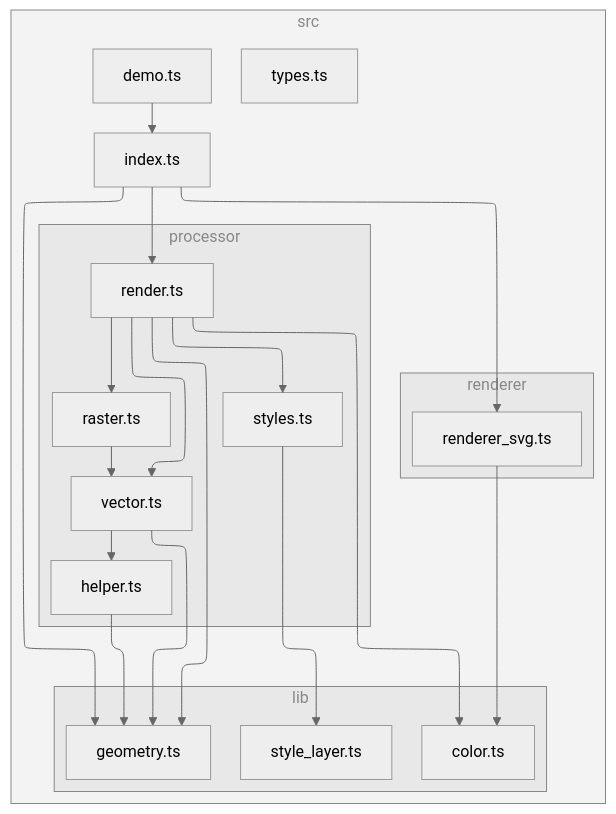
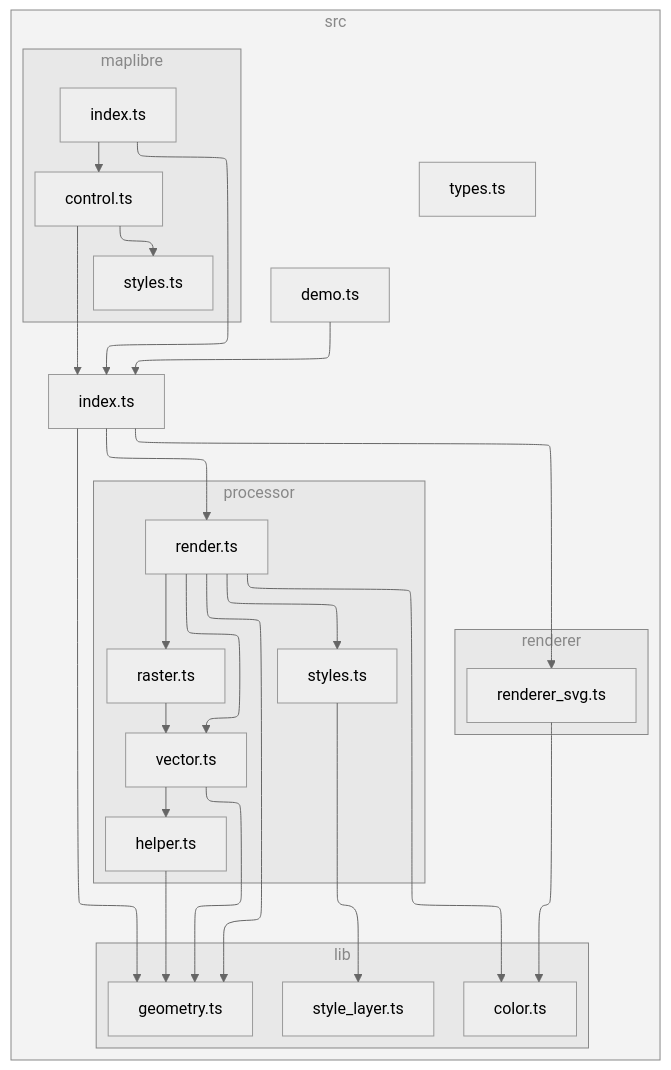
Before and after one commit to versatiles-org/versatiles-renderer: the diagram in README.md, drawn with Mermaid (neutral theme).

Commit message:
feat: update dependency graph to include MapLibre components

````diff
--- a/README.md
+++ b/README.md
@@ -21,46 +21,55 @@
 ```mermaid
 ---
 config:
   layout: elk
 ---
 flowchart TB
 
 subgraph 0["src"]
 1["demo.ts"]
 2["index.ts"]
 subgraph 3["lib"]
 4["geometry.ts"]
 7["color.ts"]
 C["style_layer.ts"]
 end
 subgraph 5["processor"]
 6["render.ts"]
 8["raster.ts"]
 9["vector.ts"]
 A["helper.ts"]
 B["styles.ts"]
 end
 subgraph D["renderer"]
 E["renderer_svg.ts"]
 end
-F["types.ts"]
+subgraph F["maplibre"]
+G["control.ts"]
+H["styles.ts"]
+I["index.ts"]
+end
+J["types.ts"]
 end
 1-->2
 2-->4
 2-->6
 2-->E
 6-->7
 6-->4
 6-->8
 6-->B
 6-->9
 8-->9
 9-->4
 9-->A
 A-->4
 B-->C
 E-->7
+G-->2
+G-->H
+I-->2
+I-->G
 
-class 0,3,5,D subgraphs;
+class 0,3,5,D,F subgraphs;
 classDef subgraphs fill-opacity:0.1, fill:#888, color:#888, stroke:#888;
 ```
````
